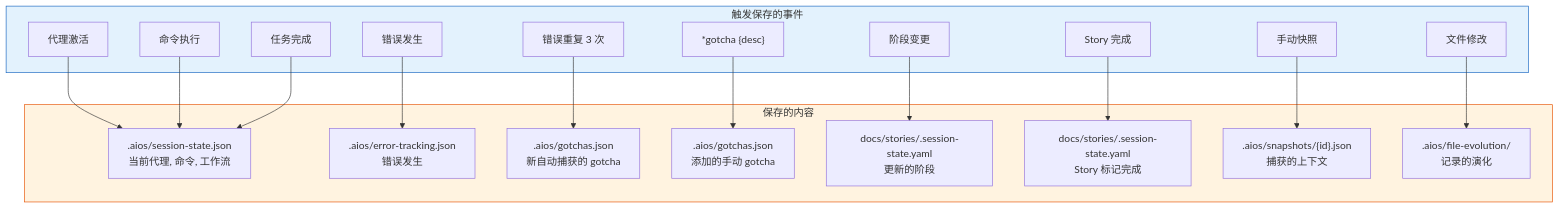
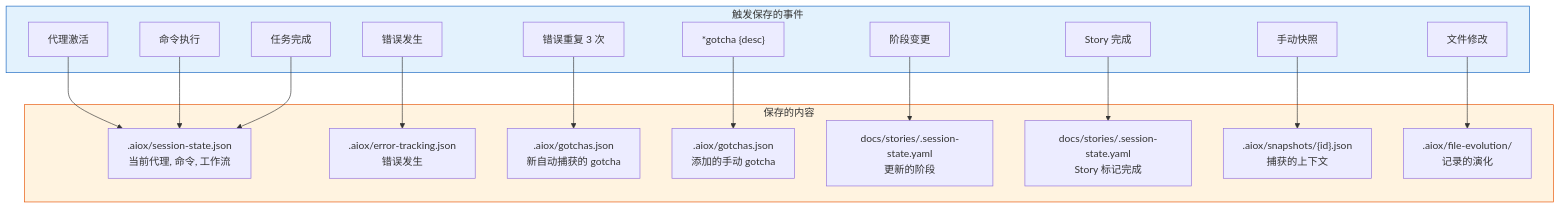
One commit to brunajunckes/aiox-core changed the ninth of 18 diagrams in docs/zh/guides/MEMORY-SYSTEM.md. Above: the diagram before and after it, drawn with Mermaid. The commit also changed other lines of this file and 3446 other files, not shown here.

First line of the commit message:
chore: rebrand aios → aiox across entire codebase (#552)

````diff
--- a/docs/zh/guides/MEMORY-SYSTEM.md
+++ b/docs/zh/guides/MEMORY-SYSTEM.md
@@ -439,40 +439,40 @@
 ```mermaid
 flowchart TD
     subgraph TRIGGERS["触发保存的事件"]
         T1["代理激活"]
         T2["命令执行"]
         T3["任务完成"]
         T4["错误发生"]
         T5["错误重复 3 次"]
         T6["*gotcha {desc}"]
         T7["阶段变更"]
         T8["Story 完成"]
         T9["手动快照"]
         T10["文件修改"]
     end
 
     subgraph SAVES["保存的内容"]
-        S1[".aios/session-state.json<br/>当前代理, 命令, 工作流"]
-        S2[".aios/error-tracking.json<br/>错误发生"]
-        S3[".aios/gotchas.json<br/>新自动捕获的 gotcha"]
-        S4[".aios/gotchas.json<br/>添加的手动 gotcha"]
+        S1[".aiox/session-state.json<br/>当前代理, 命令, 工作流"]
+        S2[".aiox/error-tracking.json<br/>错误发生"]
+        S3[".aiox/gotchas.json<br/>新自动捕获的 gotcha"]
+        S4[".aiox/gotchas.json<br/>添加的手动 gotcha"]
         S5["docs/stories/.session-state.yaml<br/>更新的阶段"]
         S6["docs/stories/.session-state.yaml<br/>Story 标记完成"]
-        S7[".aios/snapshots/{id}.json<br/>捕获的上下文"]
-        S8[".aios/file-evolution/<br/>记录的演化"]
+        S7[".aiox/snapshots/{id}.json<br/>捕获的上下文"]
+        S8[".aiox/file-evolution/<br/>记录的演化"]
     end
 
     T1 --> S1
     T2 --> S1
     T3 --> S1
     T4 --> S2
     T5 --> S3
     T6 --> S4
     T7 --> S5
     T8 --> S6
     T9 --> S7
     T10 --> S8
 
     style TRIGGERS fill:#E3F2FD,stroke:#1565C0
     style SAVES fill:#FFF3E0,stroke:#E65100
 ```
````
